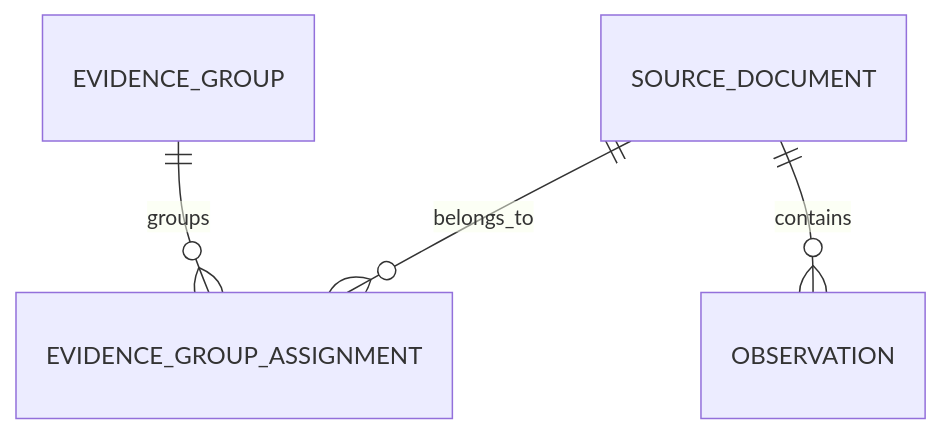
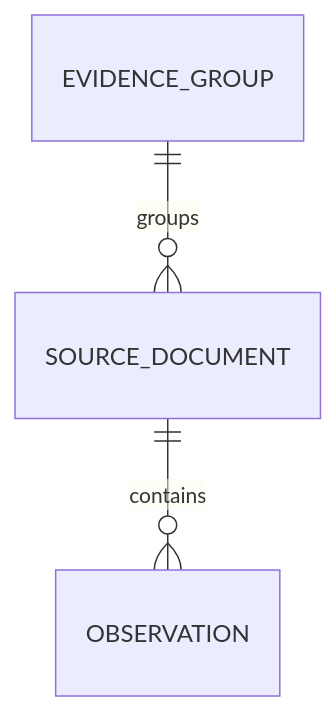
The first of 5 diagrams in logical-data-schema.md (studylida/ontology-map), drawn with Mermaid before and after one commit. The commit also changed other lines of this file, not shown here.

````diff
--- a/logical-data-schema.md
+++ b/logical-data-schema.md
@@ -43,6 +45,5 @@
 ```mermaid
 erDiagram
-    EVIDENCE_GROUP ||--o{ EVIDENCE_GROUP_ASSIGNMENT : groups
-    SOURCE_DOCUMENT ||--o{ EVIDENCE_GROUP_ASSIGNMENT : belongs_to
+    EVIDENCE_GROUP ||--o{ SOURCE_DOCUMENT : groups
     SOURCE_DOCUMENT ||--o{ OBSERVATION : contains
 ```
````
